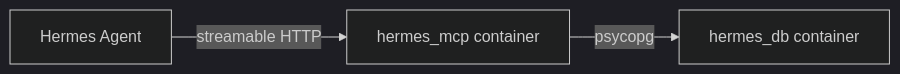
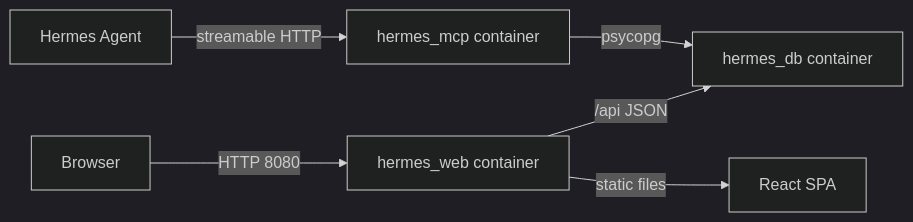
Before and after one commit to rezazadeh93/mcp_postgres: the diagram in README.md, drawn with Mermaid (dark theme). The commit also changed other lines of this file and 25 other files, not shown here.

````diff
--- a/README.md
+++ b/README.md
@@ -5,5 +5,8 @@
 ```mermaid
 flowchart LR
     Hermes[Hermes Agent] -->|streamable HTTP| MCP[hermes_mcp container]
     MCP -->|psycopg| PG[hermes_db container]
+    User[Browser] -->|HTTP 8080| Web[hermes_web container]
+    Web -->|static files| React[React SPA]
+    Web -->|/api JSON| PG
 ```
````
